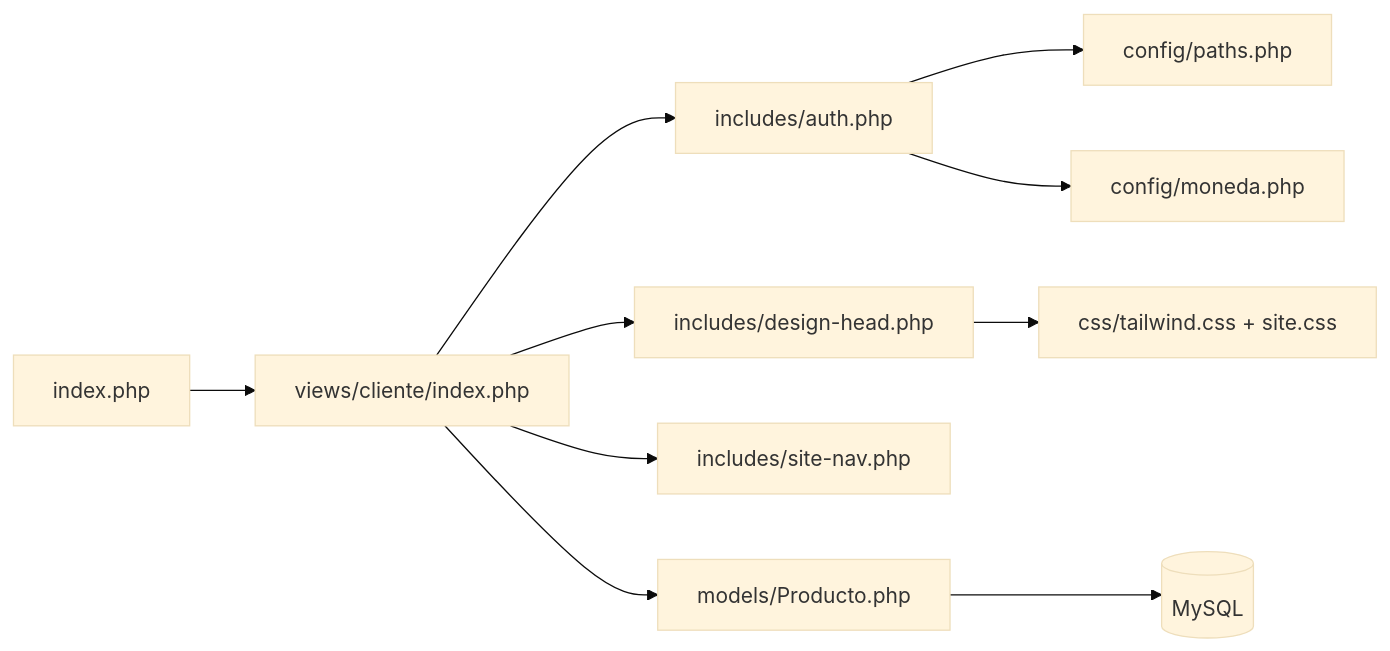
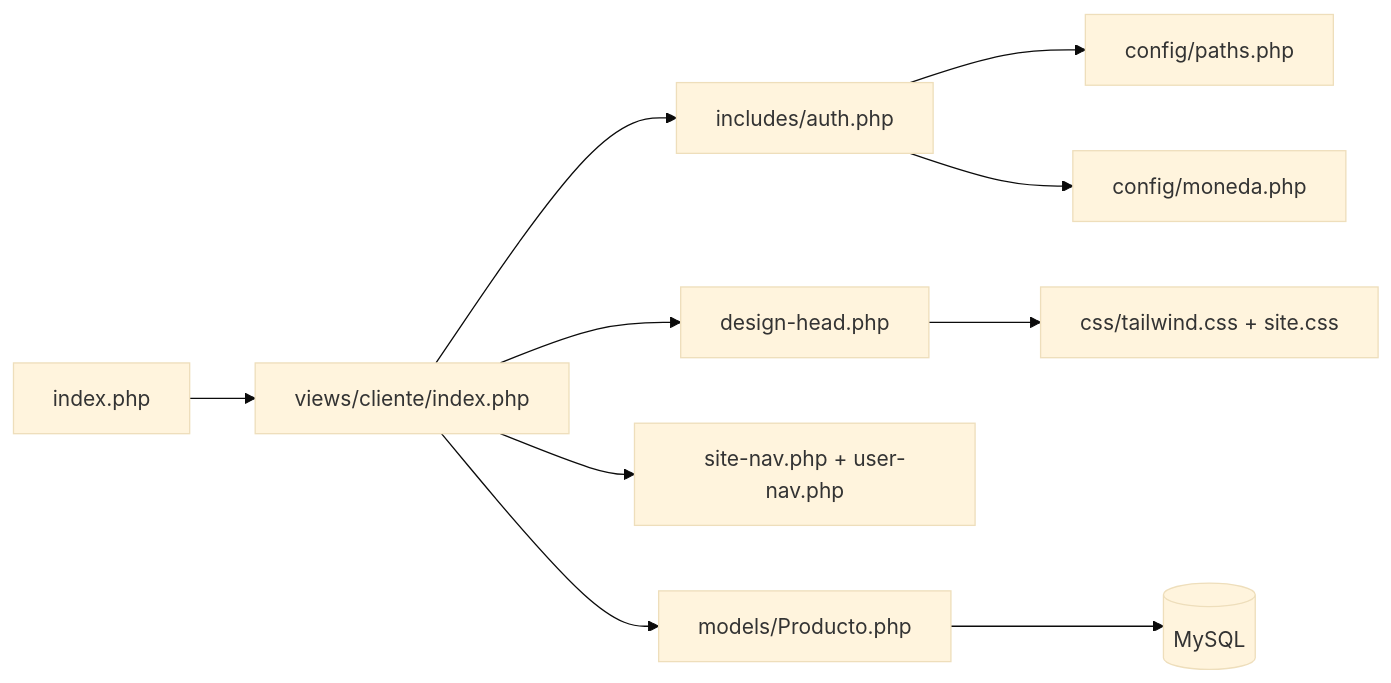
One commit to VerosioHP/deportivo changed the first of 3 diagrams in README.md. Above: the diagram before and after it, drawn with Mermaid (base theme). The commit also changed other lines of this file, not shown here.

````diff
--- a/README.md
+++ b/README.md
@@ -142,12 +228,12 @@
 ```mermaid
 flowchart LR
     A[index.php] --> B[views/cliente/index.php]
     B --> C[includes/auth.php]
     C --> D[config/paths.php]
     C --> E[config/moneda.php]
-    B --> F[includes/design-head.php]
+    B --> F[design-head.php]
     F --> G[css/tailwind.css + site.css]
-    B --> H[includes/site-nav.php]
+    B --> H[site-nav.php + user-nav.php]
     B --> I[models/Producto.php]
     I --> J[(MySQL)]
 ```
````
